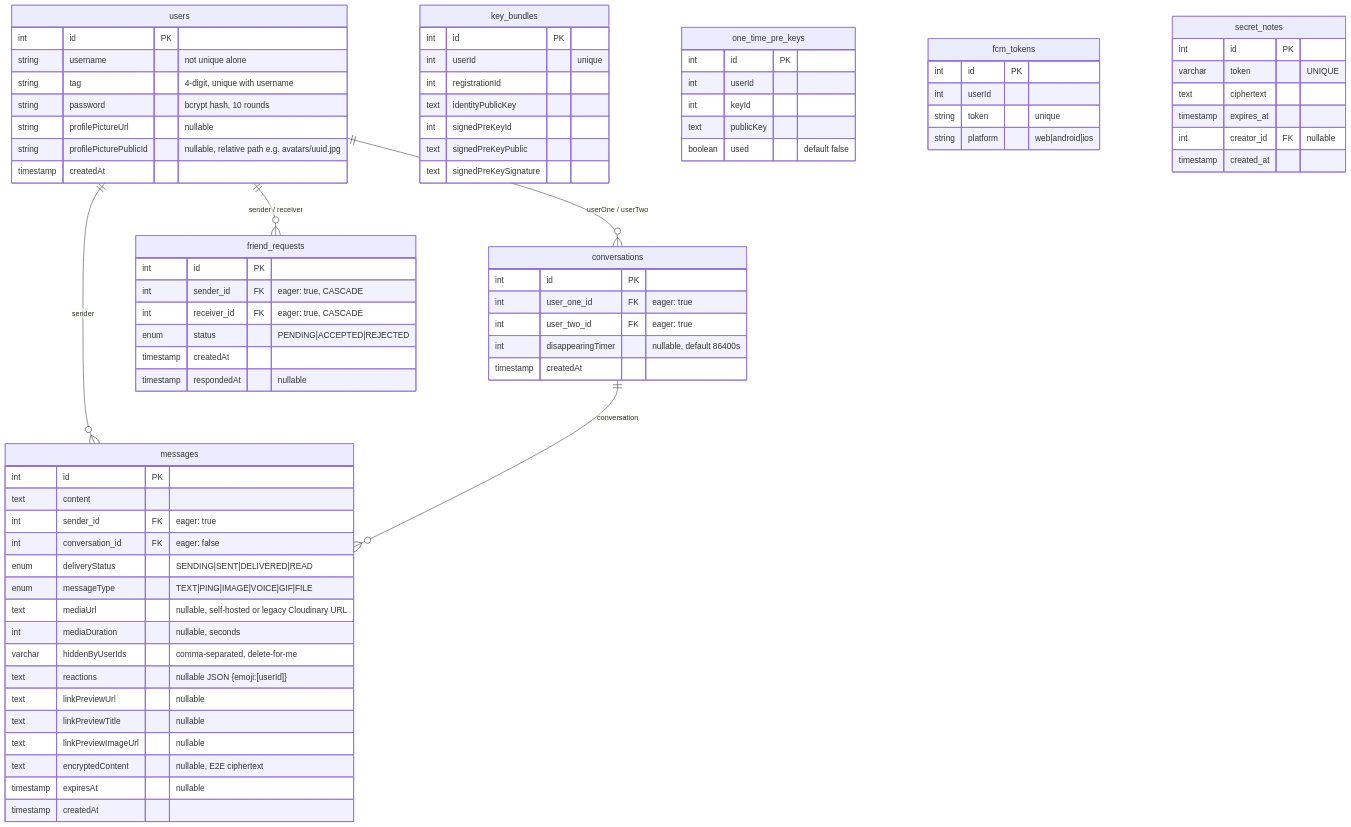
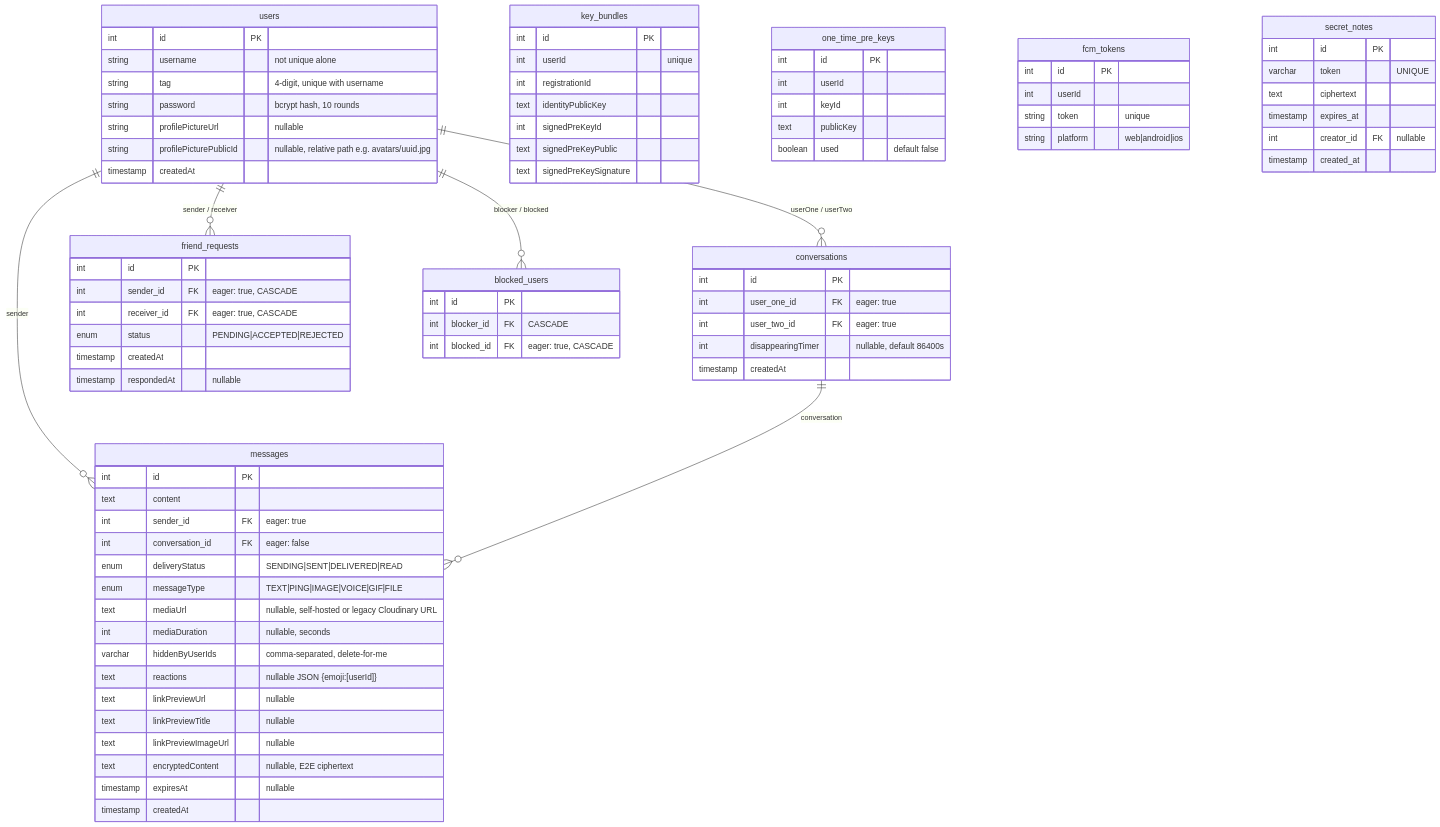
Before and after one commit to Lentach/Fireplace: the second of 2 diagrams in CLAUDE.md, drawn with Mermaid. The commit also changed other lines of this file and 7 other files, not shown here.

````diff
--- a/CLAUDE.md
+++ b/CLAUDE.md
@@ -227,6 +231,7 @@
     users ||--o{ conversations : "userOne / userTwo"
     users ||--o{ messages : "sender"
     users ||--o{ friend_requests : "sender / receiver"
+    users ||--o{ blocked_users : "blocker / blocked"
     conversations ||--o{ messages : "conversation"
 
     users {
@@ -308,4 +313,10 @@
         int creator_id FK "nullable"
         timestamp created_at
     }
+
+    blocked_users {
+        int id PK
+        int blocker_id FK "CASCADE"
+        int blocked_id FK "eager: true, CASCADE"
+    }
 ```
````
